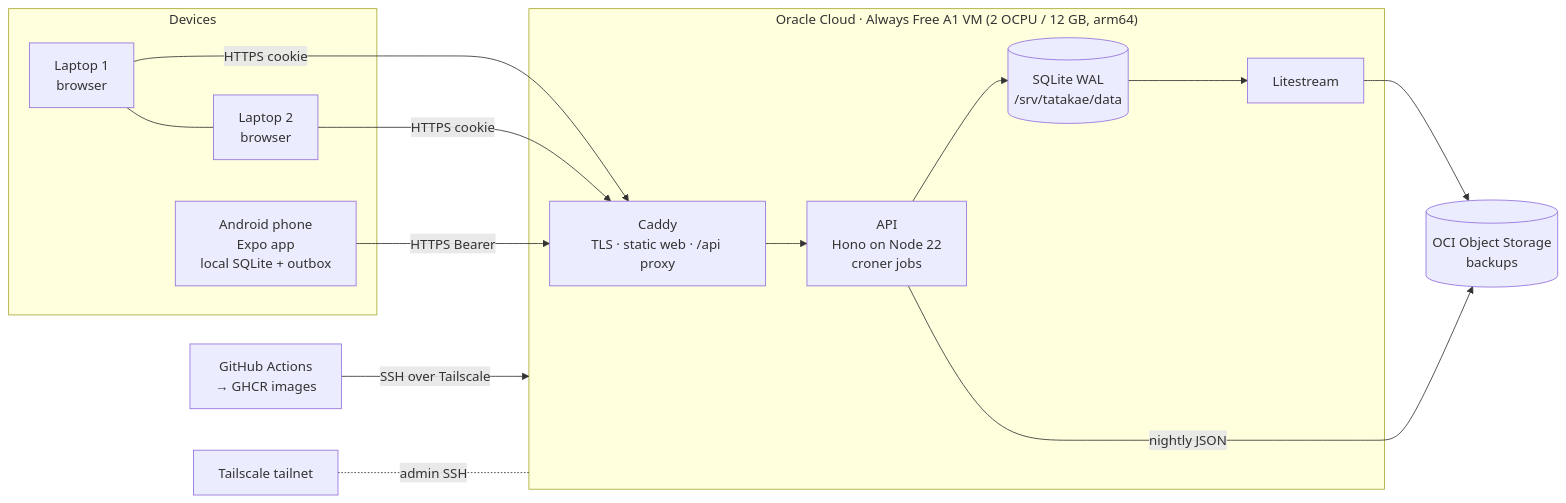
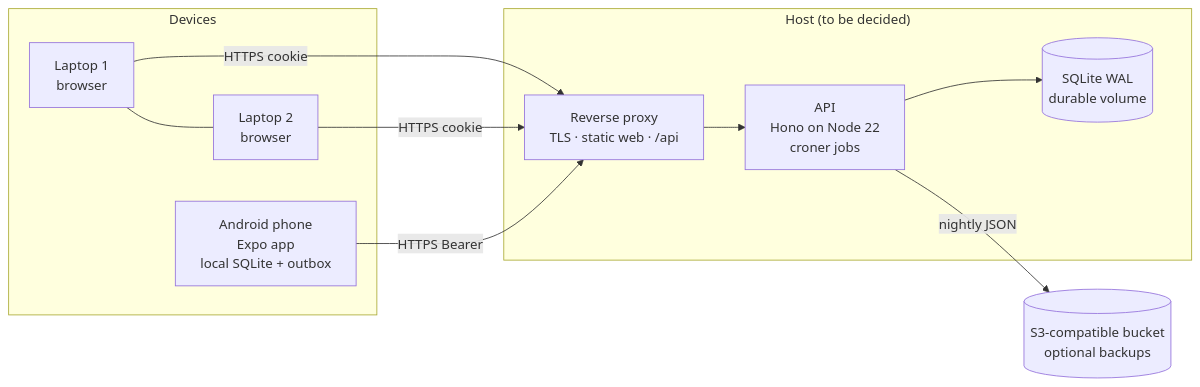
Before and after one commit to dhanushboopthy/Tatakae: the diagram in docs/03-architecture.md, drawn with Mermaid. The commit also changed other lines of this file and 14 other files, not shown here.

````diff
--- a/docs/03-architecture.md
+++ b/docs/03-architecture.md
@@ -4,25 +4,18 @@
 ```mermaid
 flowchart LR
   subgraph Devices
     L1[Laptop 1<br/>browser] --- L2[Laptop 2<br/>browser]
     P[Android phone<br/>Expo app<br/>local SQLite + outbox]
   end
-  subgraph OCI["Oracle Cloud · Always Free A1 VM (2 OCPU / 12 GB, arm64)"]
-    C[Caddy<br/>TLS · static web · /api proxy]
+  subgraph Host["Host (to be decided)"]
+    C[Reverse proxy<br/>TLS · static web · /api]
     A[API<br/>Hono on Node 22<br/>croner jobs]
-    D[(SQLite WAL<br/>/srv/tatakae/data)]
-    LS[Litestream]
+    D[(SQLite WAL<br/>durable volume)]
     C --> A --> D
-    D --> LS
   end
-  OS[(OCI Object Storage<br/>backups)]
-  GH[GitHub Actions<br/>→ GHCR images]
-  TS[Tailscale tailnet]
+  S3[(S3-compatible bucket<br/>optional backups)]
   L1 -- HTTPS cookie --> C
   L2 -- HTTPS cookie --> C
   P -- HTTPS Bearer --> C
-  LS --> OS
-  A -- nightly JSON --> OS
-  GH -- SSH over Tailscale --> OCI
-  TS -. admin SSH .- OCI
+  A -- nightly JSON --> S3
 ```
````
